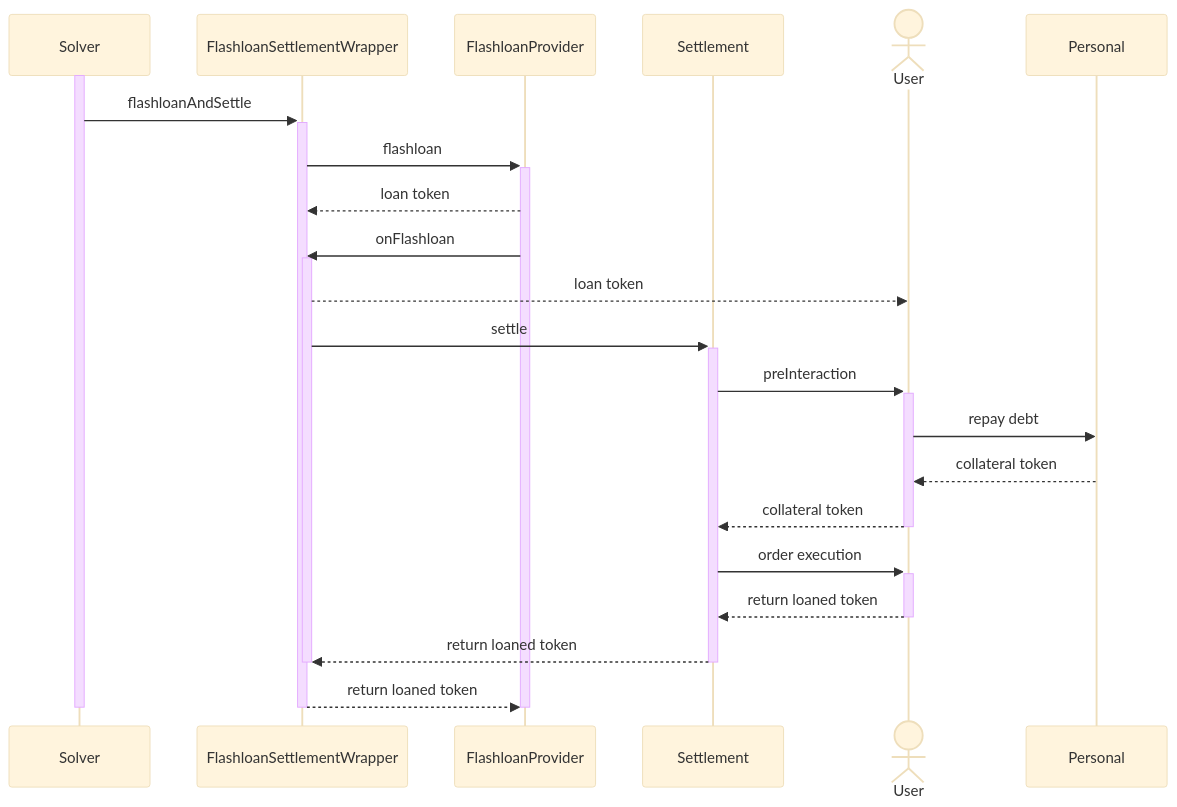
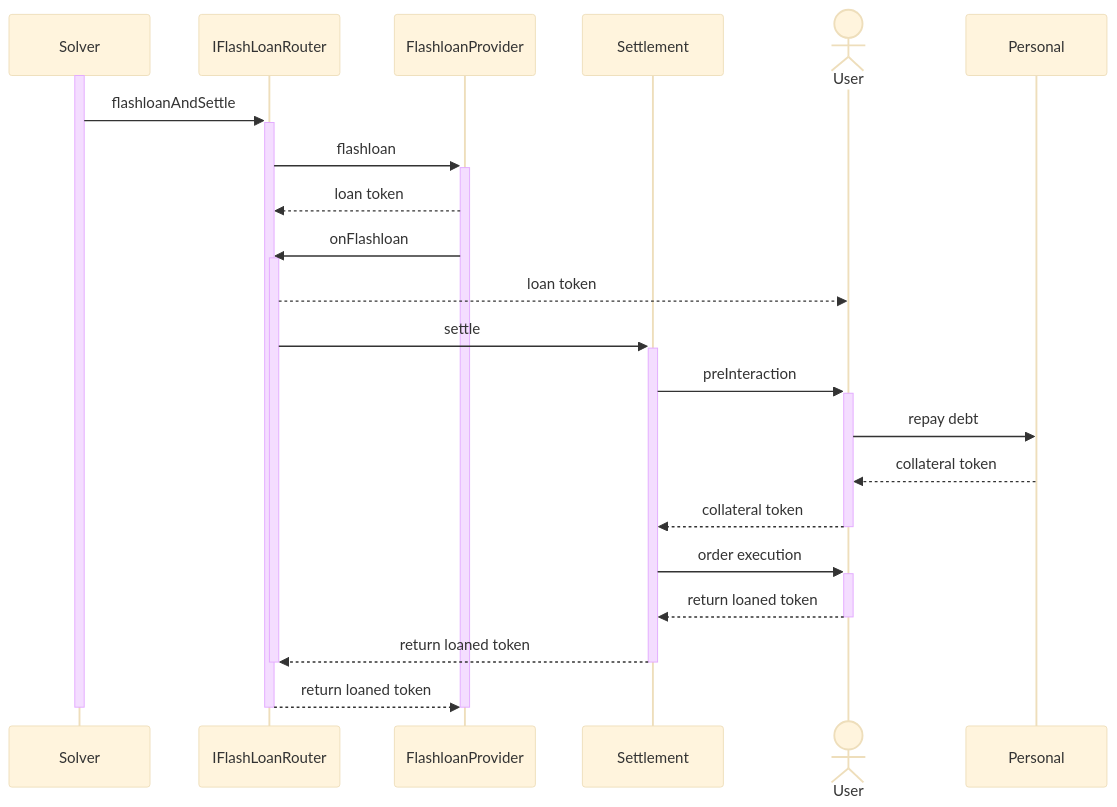
Before and after one commit to cowprotocol/docs: the diagram in docs/cow-protocol/concepts/flashloans/how-it-works.md, drawn with Mermaid (base theme). The commit also changed other lines of this file and 3 other files, not shown here.

````diff
--- a/docs/cow-protocol/concepts/flashloans/how-it-works.md
+++ b/docs/cow-protocol/concepts/flashloans/how-it-works.md
@@ -20,24 +18,24 @@
 ```mermaid
 sequenceDiagram
     activate Solver
-    Solver->>+FlashloanSettlementWrapper: flashloanAndSettle
-    FlashloanSettlementWrapper->>+FlashloanProvider: flashloan
-    FlashloanProvider-->>FlashloanSettlementWrapper: loan token
-    FlashloanProvider->>+FlashloanSettlementWrapper: onFlashloan
+    Solver->>+IFlashLoanRouter: flashloanAndSettle
+    IFlashLoanRouter->>+FlashloanProvider: flashloan
+    FlashloanProvider-->>IFlashLoanRouter: loan token
+    FlashloanProvider->>+IFlashLoanRouter: onFlashloan
     participant Settlement
     actor User
-    FlashloanSettlementWrapper-->>User: loan token
-    FlashloanSettlementWrapper->>+Settlement: settle
+    IFlashLoanRouter-->>User: loan token
+    IFlashLoanRouter->>+Settlement: settle
     Settlement->>+User: preInteraction
     User->>Personal: repay debt
     Personal-->>User: collateral token
     User-->>-Settlement: collateral token
     Settlement->>+User: order execution
     User-->>-Settlement: return loaned token
-    Settlement-->>-FlashloanSettlementWrapper: return loaned token
-    deactivate FlashloanSettlementWrapper
-    FlashloanSettlementWrapper-->>FlashloanProvider: return loaned token
+    Settlement-->>-IFlashLoanRouter: return loaned token
+    deactivate IFlashLoanRouter
+    IFlashLoanRouter-->>FlashloanProvider: return loaned token
     deactivate FlashloanProvider
-    deactivate FlashloanSettlementWrapper
+    deactivate IFlashLoanRouter
     deactivate Solver
 ```
````
